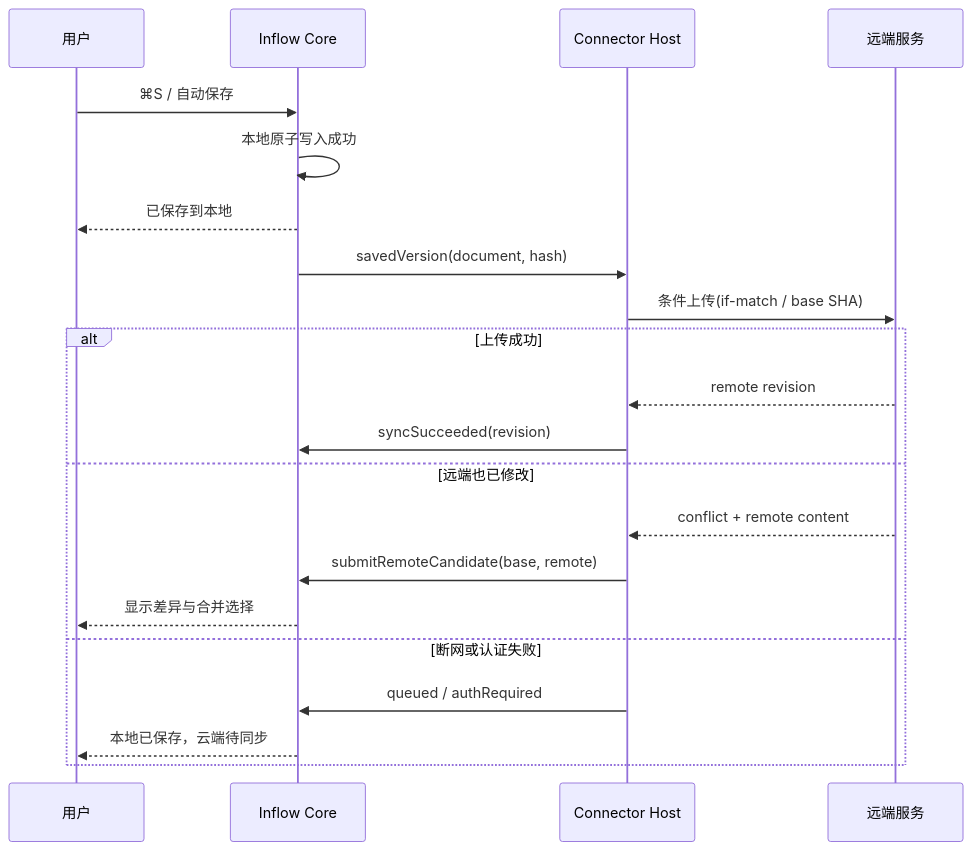
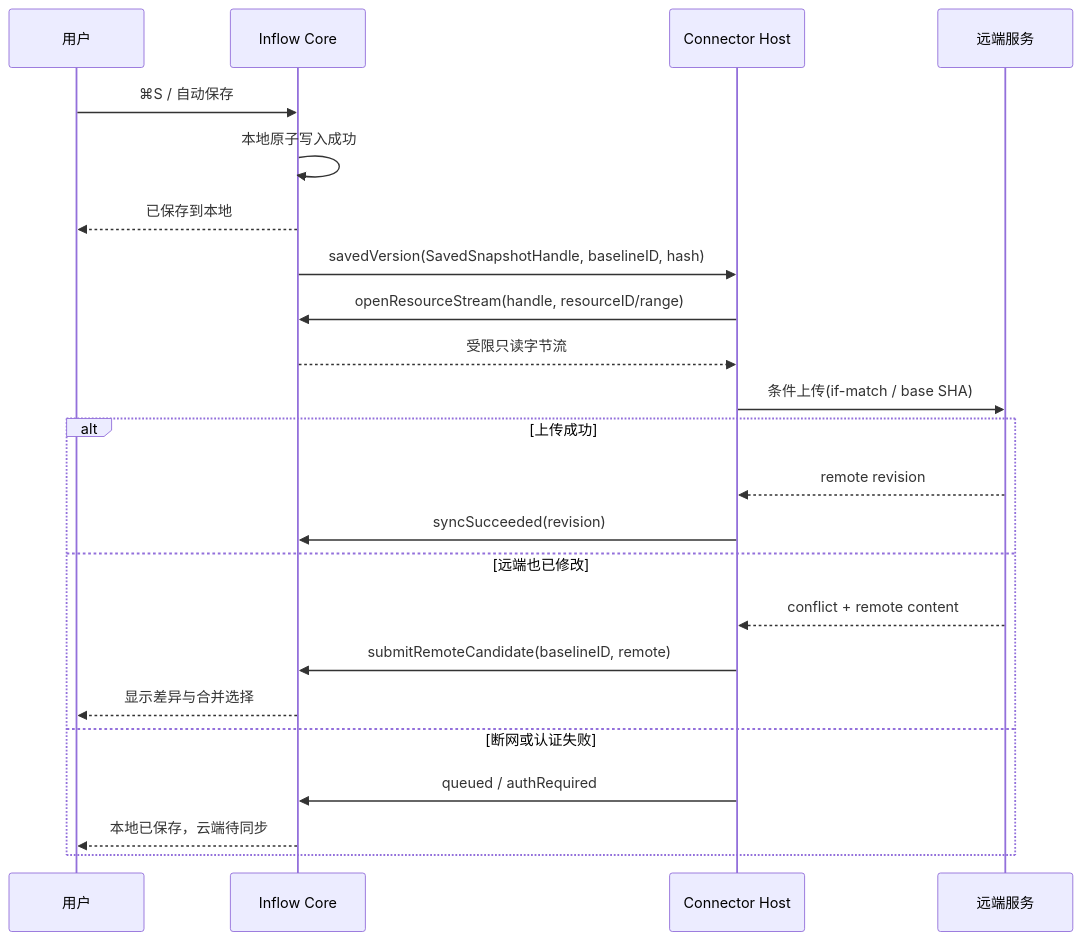
The third of 3 diagrams in docs/engineering/extensions/SYSTEM_DESIGN.md (Eulimene/Inflow), drawn with Mermaid before and after one commit. The commit also changed other lines of this file and 7 other files, not shown here.

````diff
--- a/docs/engineering/extensions/SYSTEM_DESIGN.md
+++ b/docs/engineering/extensions/SYSTEM_DESIGN.md
@@ -463,24 +463,26 @@
 ```mermaid
 sequenceDiagram
     participant U as 用户
     participant I as Inflow Core
     participant C as Connector Host
     participant R as 远端服务
 
     U->>I: ⌘S / 自动保存
     I->>I: 本地原子写入成功
     I-->>U: 已保存到本地
-    I->>C: savedVersion(document, hash)
+    I->>C: savedVersion(SavedSnapshotHandle, baselineID, hash)
+    C->>I: openResourceStream(handle, resourceID/range)
+    I-->>C: 受限只读字节流
     C->>R: 条件上传(if-match / base SHA)
     alt 上传成功
       R-->>C: remote revision
       C->>I: syncSucceeded(revision)
     else 远端也已修改
       R-->>C: conflict + remote content
-      C->>I: submitRemoteCandidate(base, remote)
+      C->>I: submitRemoteCandidate(baselineID, remote)
       I-->>U: 显示差异与合并选择
     else 断网或认证失败
       C->>I: queued / authRequired
       I-->>U: 本地已保存，云端待同步
     end
 ```
````
